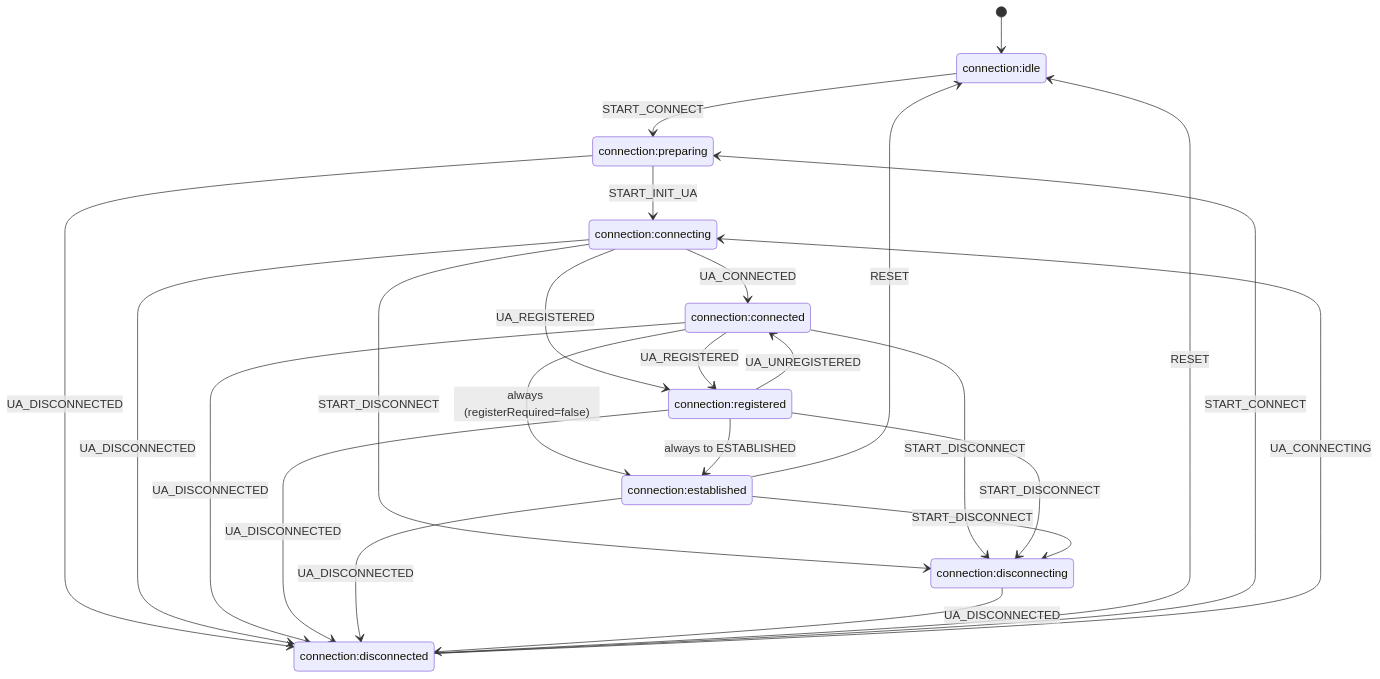
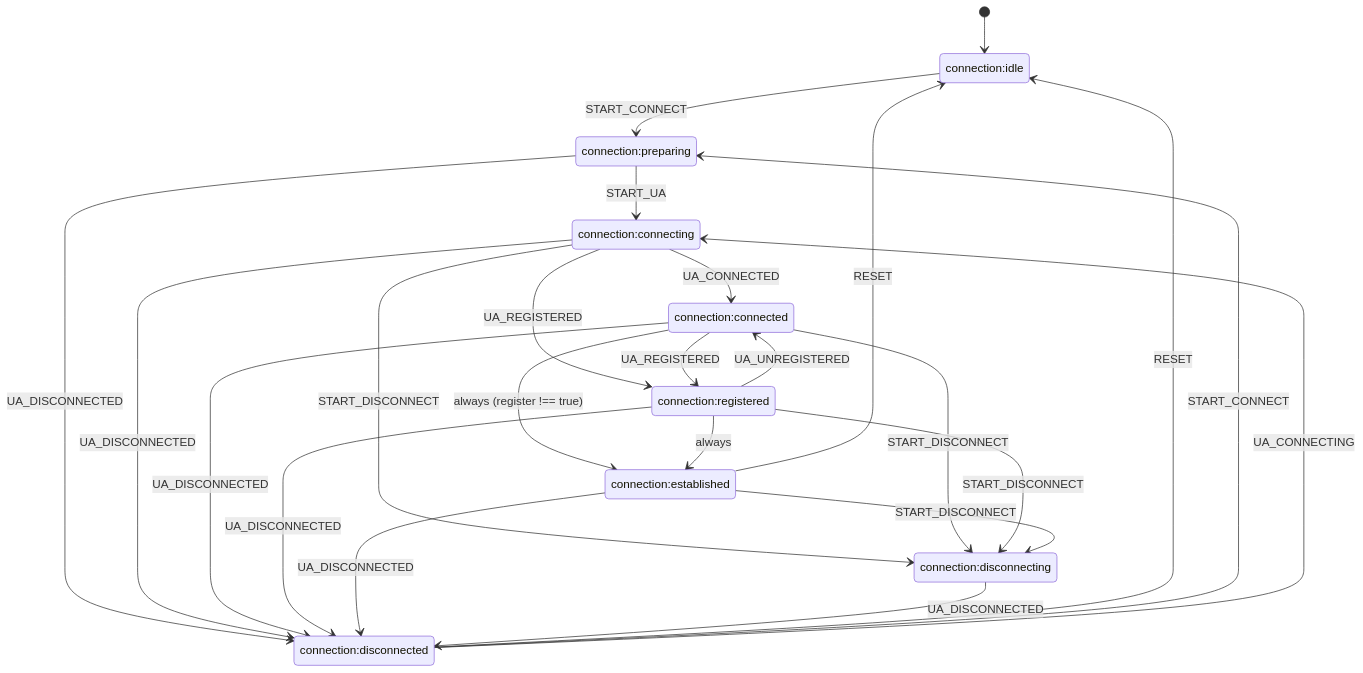
The diagram in docs/architecture/components/ConnectionManager/state-machine.md (Krivega/sip-connector), drawn with Mermaid before and after one commit. The commit also changed other lines of this file and 13 other files, not shown here.

Commit message:
docs: update architecture documentation for components, enhancing clarity and structure across various state machines and managers

````diff
--- a/docs/architecture/components/ConnectionManager/state-machine.md
+++ b/docs/architecture/components/ConnectionManager/state-machine.md
@@ -14,35 +43,35 @@
 ```mermaid
 stateDiagram-v2
-    [*] --> idle
-    state "connection:idle" as idle
-    state "connection:preparing" as preparing
-    state "connection:connecting" as connecting
-    state "connection:connected" as connected
-    state "connection:registered" as registered
-    state "connection:established" as established
-    state "connection:disconnecting" as disconnecting
-    state "connection:disconnected" as disconnected
+  [*] --> idle
+  state "connection:idle" as idle
+  state "connection:preparing" as preparing
+  state "connection:connecting" as connecting
+  state "connection:connected" as connected
+  state "connection:registered" as registered
+  state "connection:established" as established
+  state "connection:disconnecting" as disconnecting
+  state "connection:disconnected" as disconnected
 
-    idle --> preparing: START_CONNECT
-    preparing --> connecting: START_INIT_UA
-    preparing --> disconnected: UA_DISCONNECTED
-    connecting --> connected: UA_CONNECTED
-    connecting --> registered: UA_REGISTERED
-    connecting --> disconnecting: START_DISCONNECT
-    connecting --> disconnected: UA_DISCONNECTED
-    connected --> established: always (registerRequired=false)
-    connected --> registered: UA_REGISTERED
-    connected --> disconnecting: START_DISCONNECT
-    connected --> disconnected: UA_DISCONNECTED
-    registered --> established: always to ESTABLISHED
-    registered --> connected: UA_UNREGISTERED
-    registered --> disconnecting: START_DISCONNECT
-    registered --> disconnected: UA_DISCONNECTED
-    established --> disconnecting: START_DISCONNECT
-    established --> disconnected: UA_DISCONNECTED
-    established --> idle: RESET
-    disconnecting --> disconnected: UA_DISCONNECTED
-    disconnected --> idle: RESET
-    disconnected --> preparing: START_CONNECT
-    disconnected --> connecting: UA_CONNECTING
+  idle --> preparing: START_CONNECT
+  preparing --> connecting: START_UA
+  preparing --> disconnected: UA_DISCONNECTED
+  connecting --> connected: UA_CONNECTED
+  connecting --> registered: UA_REGISTERED
+  connecting --> disconnecting: START_DISCONNECT
+  connecting --> disconnected: UA_DISCONNECTED
+  connected --> established: always (register !== true)
+  connected --> registered: UA_REGISTERED
+  connected --> disconnecting: START_DISCONNECT
+  connected --> disconnected: UA_DISCONNECTED
+  registered --> established: always
+  registered --> connected: UA_UNREGISTERED
+  registered --> disconnecting: START_DISCONNECT
+  registered --> disconnected: UA_DISCONNECTED
+  established --> disconnecting: START_DISCONNECT
+  established --> disconnected: UA_DISCONNECTED
+  established --> idle: RESET
+  disconnecting --> disconnected: UA_DISCONNECTED
+  disconnected --> idle: RESET
+  disconnected --> preparing: START_CONNECT
+  disconnected --> connecting: UA_CONNECTING
 ```
````
